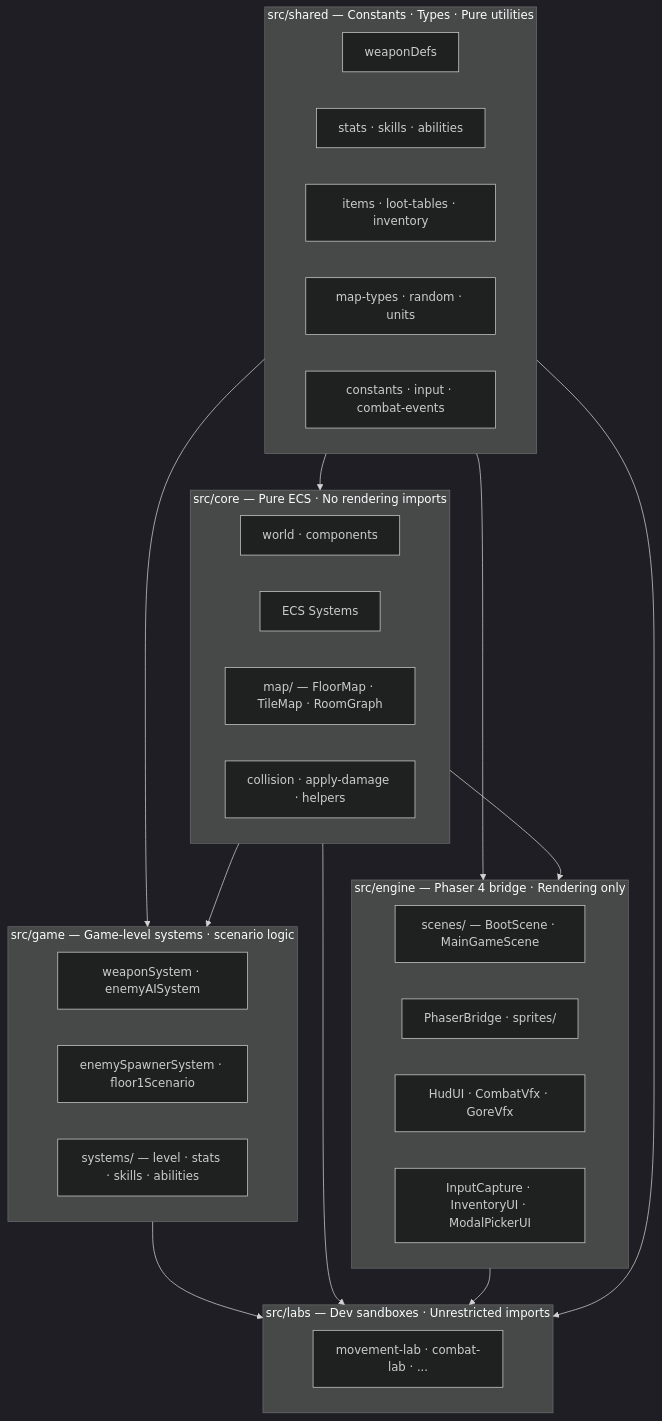
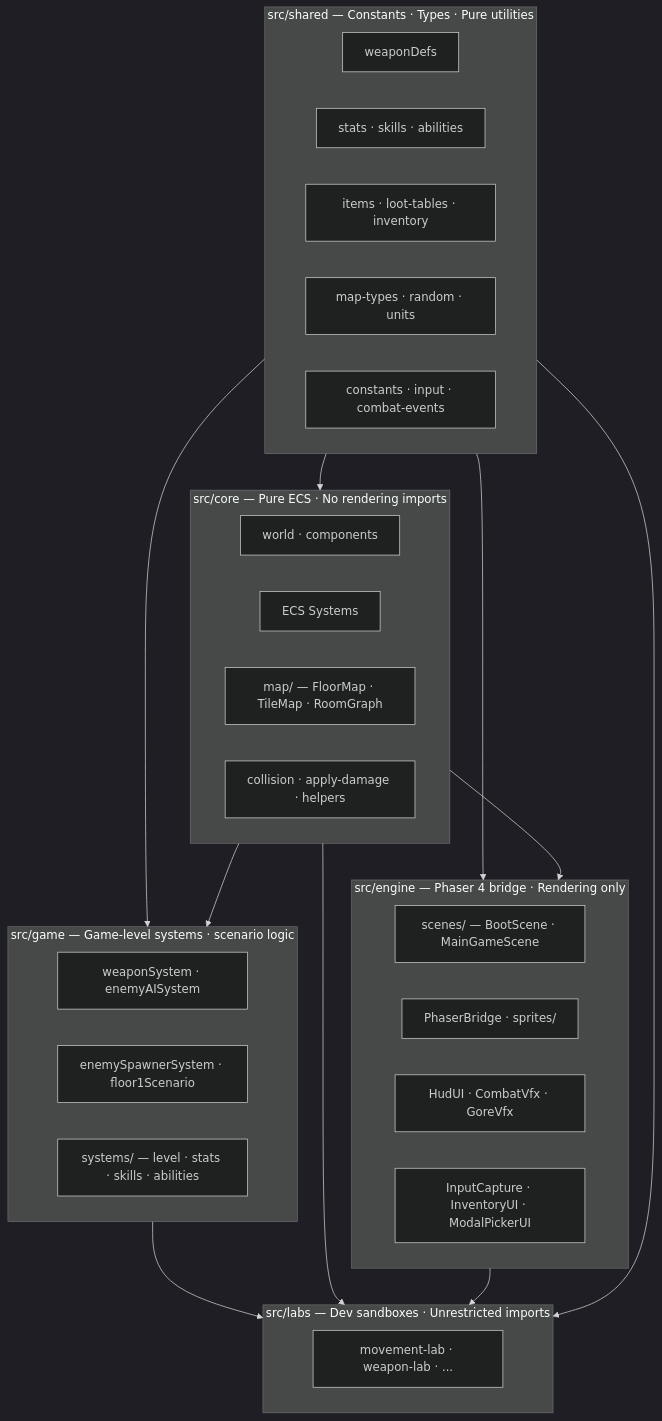
One commit to nalfeo/Crawler changed the first of 6 diagrams in docs/architecture.md. Above: the diagram before and after it, drawn with Mermaid (dark theme). The commit also changed 11 other files, not shown here.

First line of the commit message:
refactor(labs): merge combat-lab into weapon-lab

````diff
--- a/docs/architecture.md
+++ b/docs/architecture.md
@@ -37,44 +37,44 @@
 ```mermaid
 graph TD
     subgraph shared["src/shared — Constants · Types · Pure utilities"]
         S1[weaponDefs]
         S2[stats · skills · abilities]
         S3[items · loot-tables · inventory]
         S4[map-types · random · units]
         S5[constants · input · combat-events]
     end
 
     subgraph core["src/core — Pure ECS · No rendering imports"]
         C1[world · components]
         C2[ECS Systems]
         C3[map/ — FloorMap · TileMap · RoomGraph]
         C4[collision · apply-damage · helpers]
     end
 
     subgraph game["src/game — Game-level systems · scenario logic"]
         G1[weaponSystem · enemyAISystem]
         G2[enemySpawnerSystem · floor1Scenario]
         G3[systems/ — level · stats · skills · abilities]
     end
 
     subgraph engine["src/engine — Phaser 4 bridge · Rendering only"]
         E1[scenes/ — BootScene · MainGameScene]
         E2[PhaserBridge · sprites/]
         E3[HudUI · CombatVfx · GoreVfx]
         E4[InputCapture · InventoryUI · ModalPickerUI]
     end
 
     subgraph labs["src/labs — Dev sandboxes · Unrestricted imports"]
-        L1[movement-lab · combat-lab · ...]
+        L1[movement-lab · weapon-lab · ...]
     end
 
     shared --> core
     shared --> game
     shared --> engine
     core --> game
     core --> engine
     game --> labs
     core --> labs
     engine --> labs
     shared --> labs
 ```
````
